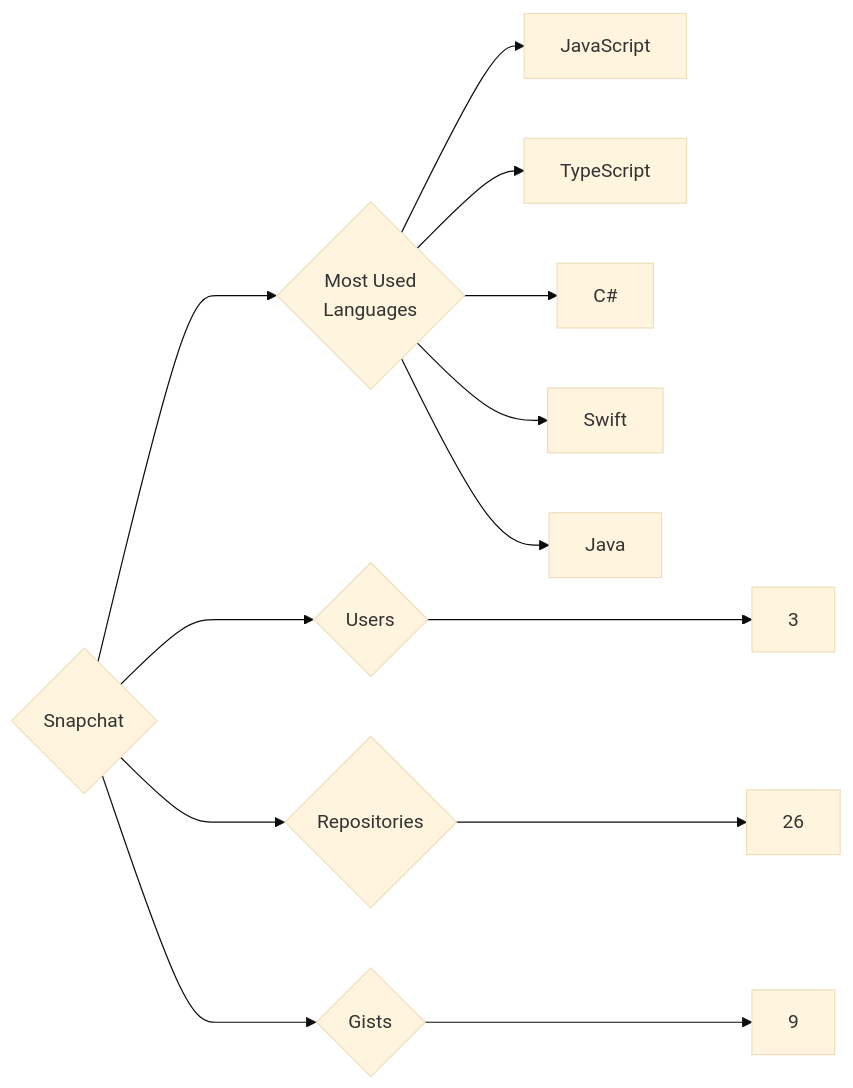
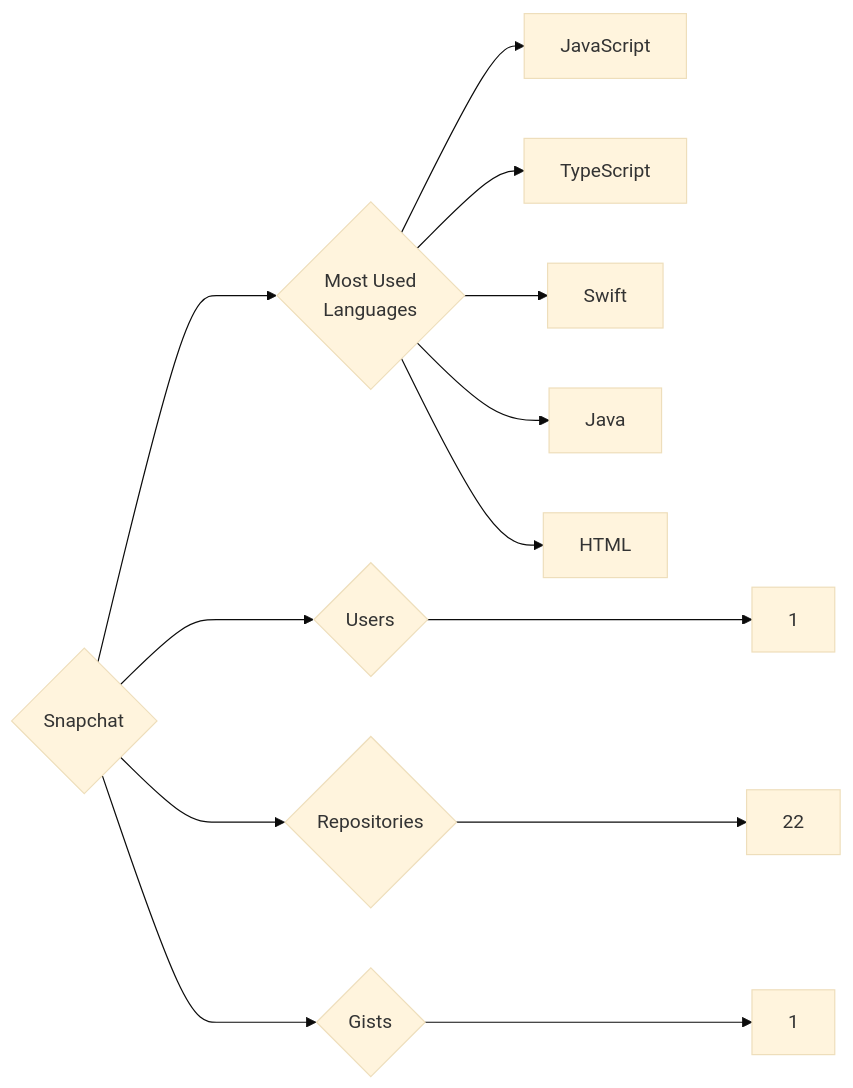
The diagram in targets/Snapchat/README.md (trickest/insiders), drawn with Mermaid (base theme) before and after one commit. The commit also changed 851 other files, not shown here.

````diff
--- a/targets/Snapchat/README.md
+++ b/targets/Snapchat/README.md
@@ -3,13 +3,13 @@
 ```mermaid
 graph LR
 COMPANY_NAME{Snapchat}
-COMPANY_NAME ---> U{Users} ---> UN[3]
-COMPANY_NAME ---> R{Repositories} ---> RN[26]
-COMPANY_NAME ---> G{Gists} ---> GN[9]
+COMPANY_NAME ---> U{Users} ---> UN[1]
+COMPANY_NAME ---> R{Repositories} ---> RN[22]
+COMPANY_NAME ---> G{Gists} ---> GN[1]
 COMPANY_NAME ---> ML{Most Used<br>Languages}
 ML --> JavaScript[JavaScript]
 ML --> TypeScript[TypeScript]
-ML --> C#[C#]
 ML --> Swift[Swift]
 ML --> Java[Java]
+ML --> HTML[HTML]
 ```
````
